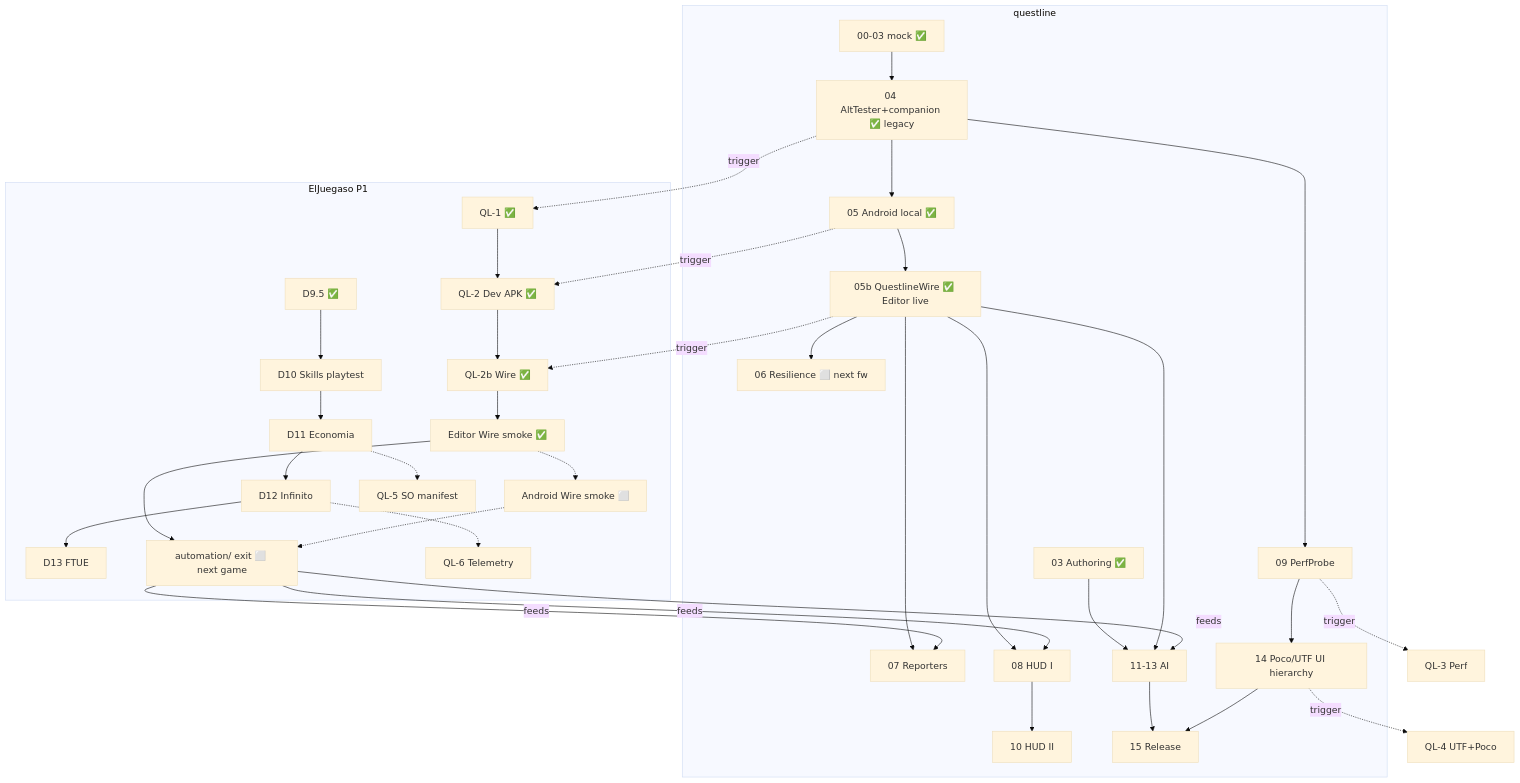
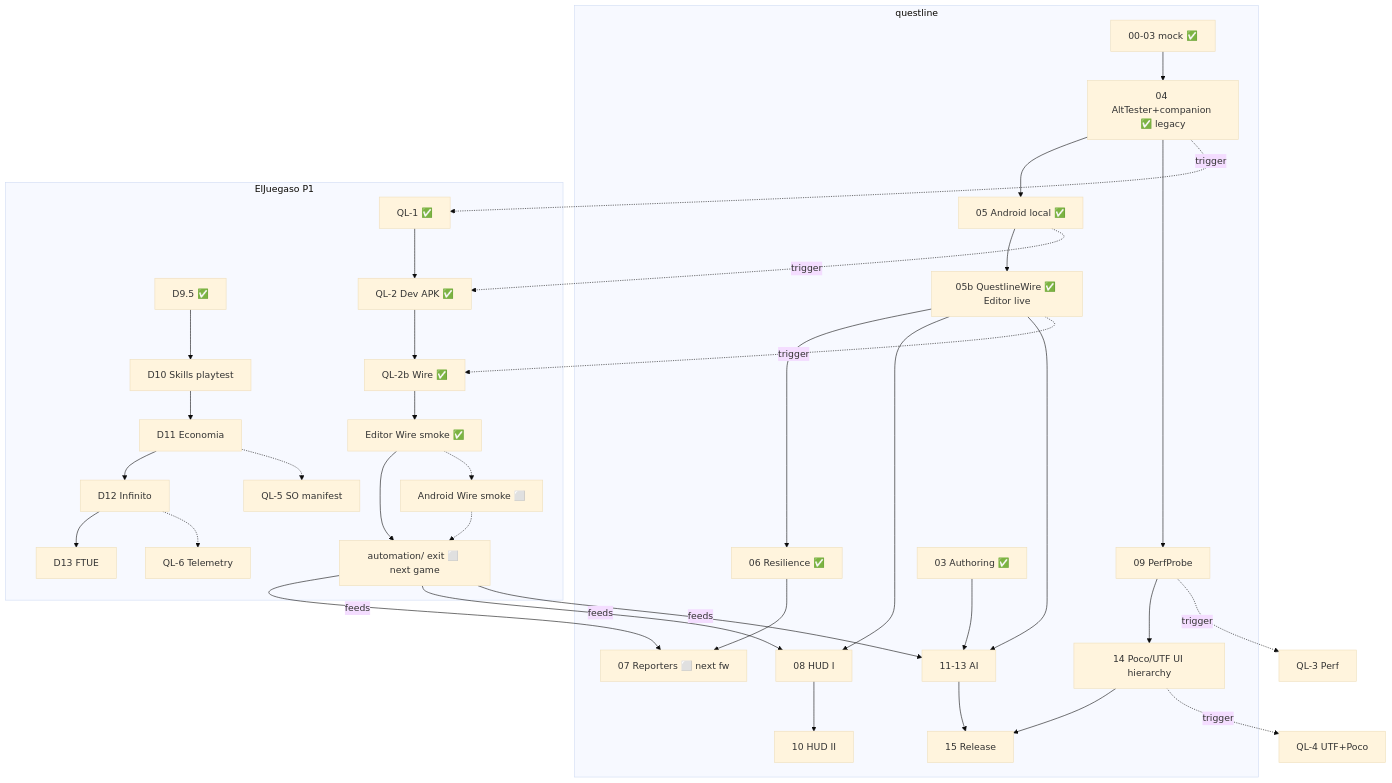
Before and after one commit to Knutronko/questline: the diagram in docs/STATUS-DUAL.md, drawn with Mermaid (base theme). The commit also changed other lines of this file and 18 other files, not shown here.

````diff
--- a/docs/STATUS-DUAL.md
+++ b/docs/STATUS-DUAL.md
@@ -96,42 +96,42 @@
 ```mermaid
 flowchart TB
   subgraph QL[questline]
     Q0[00-03 mock ✅] --> Q4[04 AltTester+companion ✅ legacy]
     Q4 --> Q5[05 Android local ✅]
     Q5 --> Q5b[05b QuestlineWire ✅ Editor live]
-    Q5b --> Q6[06 Resilience ⬜ next fw]
-    Q5b --> Q7[07 Reporters]
+    Q5b --> Q6[06 Resilience ✅]
+    Q6 --> Q7[07 Reporters ⬜ next fw]
     Q5b --> Q8[08 HUD I]
     Q4 --> Q9[09 PerfProbe]
     Q8 --> Q10[10 HUD II]
     Q3[03 Authoring ✅] --> Q11[11-13 AI]
     Q5b --> Q11
     Q9 --> Q14[14 Poco/UTF UI hierarchy]
     Q11 --> Q15[15 Release]
     Q14 --> Q15
   end
 
   subgraph Game[ElJuegaso P1]
     D95[D9.5 ✅] --> D10[D10 Skills playtest]
     D10 --> D11[D11 Economia]
     D11 --> D12[D12 Infinito]
     D12 --> D13[D13 FTUE]
     QL1[QL-1 ✅] --> QL2[QL-2 Dev APK ✅]
     QL2 --> QL2b[QL-2b Wire ✅]
     QL2b --> LiveEd[Editor Wire smoke ✅]
     LiveEd --> Auto[automation/ exit ⬜ next game]
     LiveEd -.-> LiveAnd[Android Wire smoke ⬜]
     LiveAnd -.-> Auto
     D11 -.-> QL5[QL-5 SO manifest]
     D12 -.-> QL6[QL-6 Telemetry]
   end
 
   Q4 -.->|trigger| QL1
   Q5 -.->|trigger| QL2
   Q5b -.->|trigger| QL2b
   Q9 -.->|trigger| QL3[QL-3 Perf]
   Q14 -.->|trigger| QL4[QL-4 UTF+Poco]
   Auto -->|feeds| Q7
   Auto -->|feeds| Q8
   Auto -->|feeds| Q11
 ```
````
